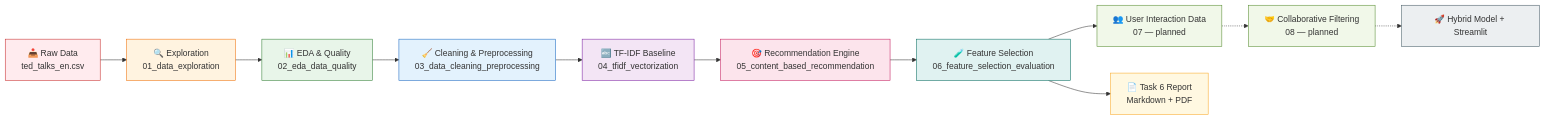
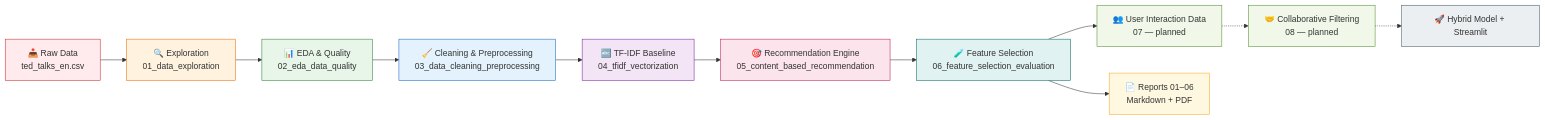
Before and after one commit to springboardmentor098/TED-TALK-RECOMMENDATION-SYSTEM: the diagram in README.md, drawn with Mermaid. The commit also changed other lines of this file and 21 other files, not shown here.

Commit message:
reports created for all tasks and converted to pdf

````diff
--- a/README.md
+++ b/README.md
@@ -50,25 +50,25 @@
 ```mermaid
 graph LR
     A[📥 Raw Data<br/>ted_talks_en.csv] --> B[🔍 Exploration<br/>01_data_exploration]
     B --> C[📊 EDA & Quality<br/>02_eda_data_quality]
     C --> D[🧹 Cleaning & Preprocessing<br/>03_data_cleaning_preprocessing]
     D --> E[🔤 TF-IDF Baseline<br/>04_tfidf_vectorization]
     E --> F[🎯 Recommendation Engine<br/>05_content_based_recommendation]
     F --> G[🧪 Feature Selection<br/>06_feature_selection_evaluation]
     G --> H[👥 User Interaction Data<br/>07 — planned]
-    G --> R[📄 Task 6 Report<br/>Markdown + PDF]
+    G --> R[📄 Reports 01–06<br/>Markdown + PDF]
     H -.-> I[🤝 Collaborative Filtering<br/>08 — planned]
     I -.-> J[🚀 Hybrid Model + Streamlit]
 
     style A fill:#ffebee,stroke:#c62828
     style B fill:#fff3e0,stroke:#ef6c00
     style C fill:#e8f5e9,stroke:#2e7d32
     style D fill:#e3f2fd,stroke:#1565c0
     style E fill:#f3e5f5,stroke:#7b1fa2
     style F fill:#fce4ec,stroke:#c2185b
     style G fill:#e0f2f1,stroke:#00695c
     style H fill:#f1f8e9,stroke:#558b2f
     style I fill:#f1f8e9,stroke:#558b2f
     style J fill:#eceff1,stroke:#455a64
     style R fill:#fff8e1,stroke:#f9a825
 ```
````
